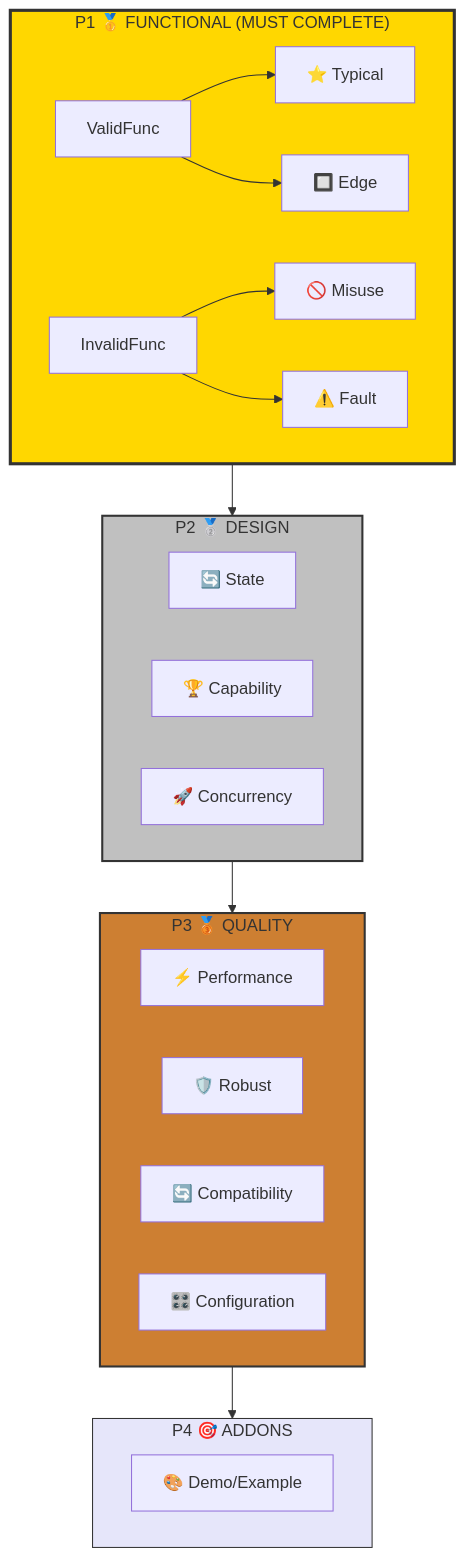
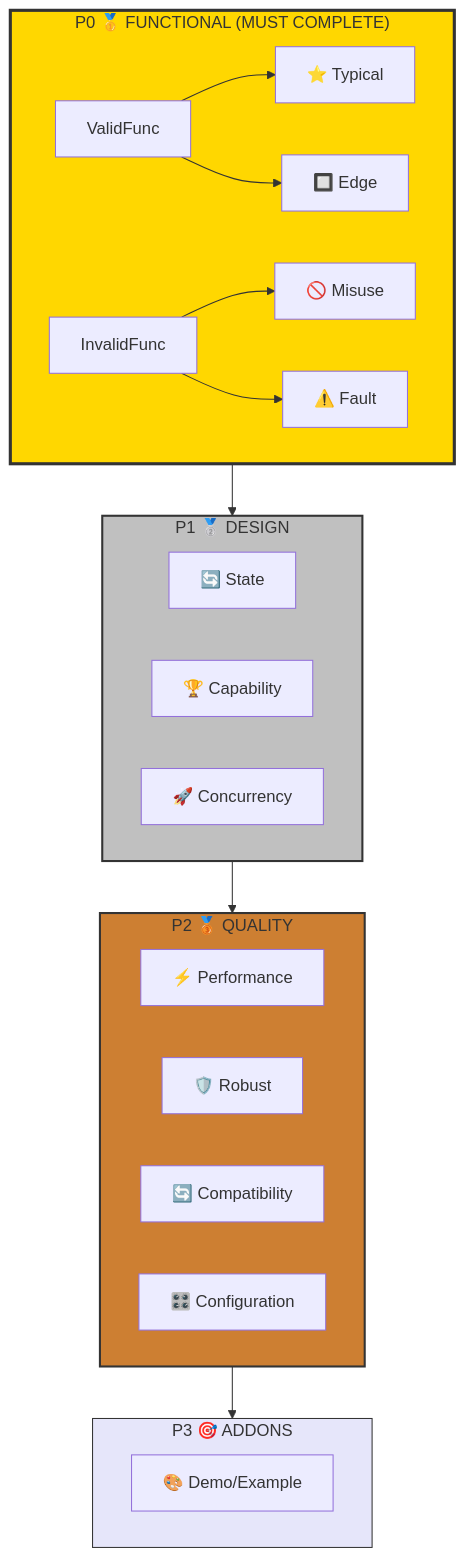
Before and after one commit to EnigmaWU/MyCaTDD: the third of 4 diagrams in README_UserGuide.md, drawn with Mermaid. The commit also changed other lines of this file and 34 other files, not shown here.

````diff
--- a/README_UserGuide.md
+++ b/README_UserGuide.md
@@ -503,41 +503,41 @@
 ```mermaid
 graph TD
-    subgraph P1["P1 🥇 FUNCTIONAL (MUST COMPLETE)"]
+    subgraph P0["P0 🥇 FUNCTIONAL (MUST COMPLETE)"]
         ValidFunc[ValidFunc]
         InvalidFunc[InvalidFunc]
         Typical[⭐ Typical]
         Edge[🔲 Edge]
         Misuse[🚫 Misuse]
         Fault[⚠️ Fault]
         ValidFunc --> Typical
         ValidFunc --> Edge
         InvalidFunc --> Misuse
         InvalidFunc --> Fault
     end
     
-    subgraph P2["P2 🥈 DESIGN"]
+    subgraph P1["P1 🥈 DESIGN"]
         State[🔄 State]
         Capability[🏆 Capability]
         Concurrency[🚀 Concurrency]
     end
     
-    subgraph P3["P3 🥉 QUALITY"]
+    subgraph P2["P2 🥉 QUALITY"]
         Performance[⚡ Performance]
         Robust[🛡️ Robust]
         Compatibility[🔄 Compatibility]
         Configuration[🎛️ Configuration]
     end
     
-    subgraph P4["P4 🎯 ADDONS"]
+    subgraph P3["P3 🎯 ADDONS"]
         Demo[🎨 Demo/Example]
     end
     
+    P0 --> P1
     P1 --> P2
     P2 --> P3
-    P3 --> P4
     
-    style P1 fill:#ffd700,stroke:#333,stroke-width:3px
-    style P2 fill:#c0c0c0,stroke:#333,stroke-width:2px
-    style P3 fill:#cd7f32,stroke:#333,stroke-width:2px
-    style P4 fill:#e6e6fa,stroke:#333,stroke-width:1px
+    style P0 fill:#ffd700,stroke:#333,stroke-width:3px
+    style P1 fill:#c0c0c0,stroke:#333,stroke-width:2px
+    style P2 fill:#cd7f32,stroke:#333,stroke-width:2px
+    style P3 fill:#e6e6fa,stroke:#333,stroke-width:1px
 ```
````
